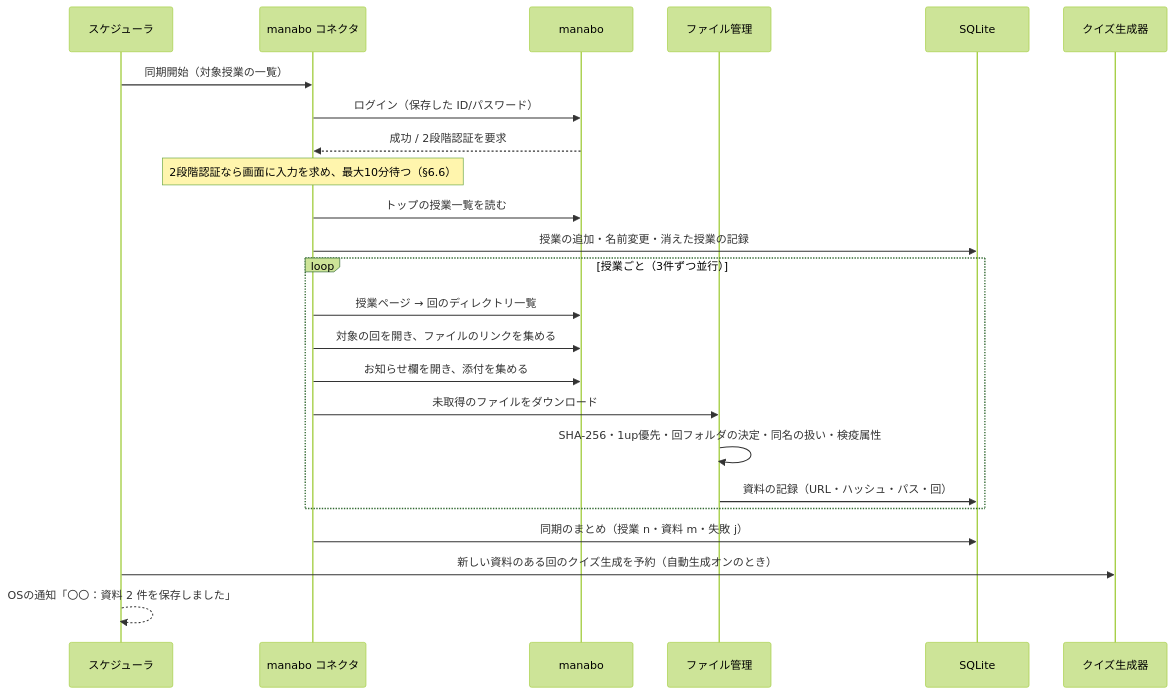
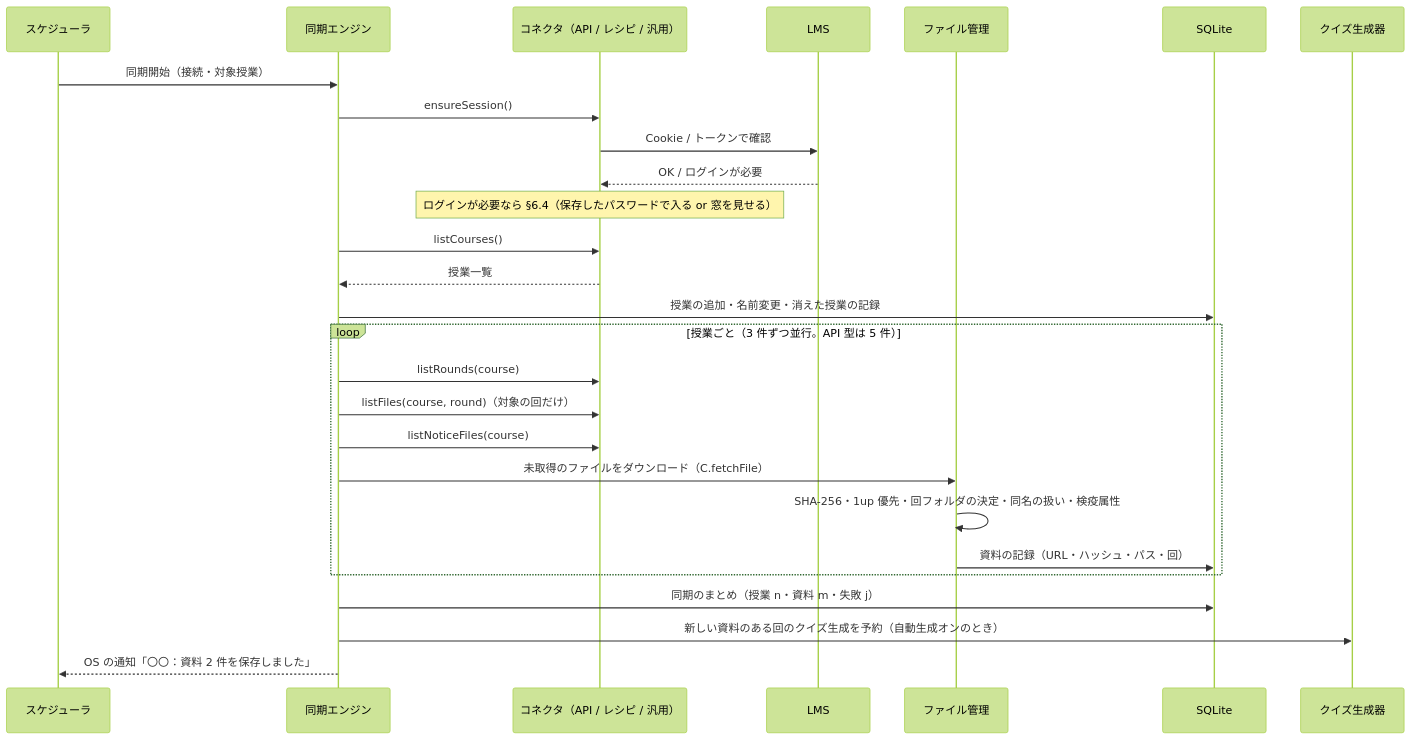
Before and after one commit to Peyangpiece/Daigaku-Note: the third of 6 diagrams in docs/SPEC.md, drawn with Mermaid (forest theme). The commit also changed other lines of this file and 1 other file, not shown here.

First line of the commit message:
仕様書 0.4：全国の大学対応（LMS 4 階層）とデザイン方針を反映

````diff
--- a/docs/SPEC.md
+++ b/docs/SPEC.md
@@ -269,26 +359,29 @@
 ```mermaid
 sequenceDiagram
   participant S as スケジューラ
-  participant C as manabo コネクタ
-  participant L as manabo
+  participant E as 同期エンジン
+  participant C as コネクタ（API / レシピ / 汎用）
+  participant L as LMS
   participant F as ファイル管理
   participant D as SQLite
   participant Q as クイズ生成器
-  S->>C: 同期開始（対象授業の一覧）
-  C->>L: ログイン（保存した ID/パスワード）
-  L-->>C: 成功 / 2段階認証を要求
-  Note over C: 2段階認証なら画面に入力を求め、最大10分待つ（§6.6）
-  C->>L: トップの授業一覧を読む
-  C->>D: 授業の追加・名前変更・消えた授業の記録
-  loop 授業ごと（3件ずつ並行）
-    C->>L: 授業ページ → 回のディレクトリ一覧
-    C->>L: 対象の回を開き、ファイルのリンクを集める
-    C->>L: お知らせ欄を開き、添付を集める
-    C->>F: 未取得のファイルをダウンロード
-    F->>F: SHA-256・1up優先・回フォルダの決定・同名の扱い・検疫属性
+  S->>E: 同期開始（接続・対象授業）
+  E->>C: ensureSession()
+  C->>L: Cookie / トークンで確認
+  L-->>C: OK / ログインが必要
+  Note over C: ログインが必要なら §6.4（保存したパスワードで入る or 窓を見せる）
+  E->>C: listCourses()
+  C-->>E: 授業一覧
+  E->>D: 授業の追加・名前変更・消えた授業の記録
+  loop 授業ごと（3 件ずつ並行。API 型は 5 件）
+    E->>C: listRounds(course)
+    E->>C: listFiles(course, round)（対象の回だけ）
+    E->>C: listNoticeFiles(course)
+    E->>F: 未取得のファイルをダウンロード（C.fetchFile）
+    F->>F: SHA-256・1up 優先・回フォルダの決定・同名の扱い・検疫属性
     F->>D: 資料の記録（URL・ハッシュ・パス・回）
   end
-  C->>D: 同期のまとめ（授業 n・資料 m・失敗 j）
-  S->>Q: 新しい資料のある回のクイズ生成を予約（自動生成オンのとき）
-  S-->>S: OSの通知「〇〇：資料 2 件を保存しました」
+  E->>D: 同期のまとめ（授業 n・資料 m・失敗 j）
+  E->>Q: 新しい資料のある回のクイズ生成を予約（自動生成オンのとき）
+  E-->>S: OS の通知「〇〇：資料 2 件を保存しました」
 ```
````
